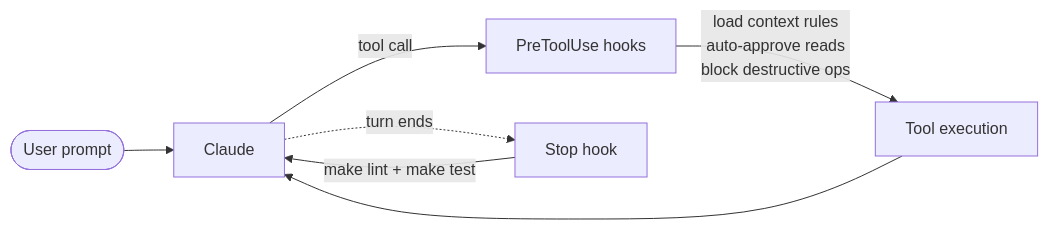
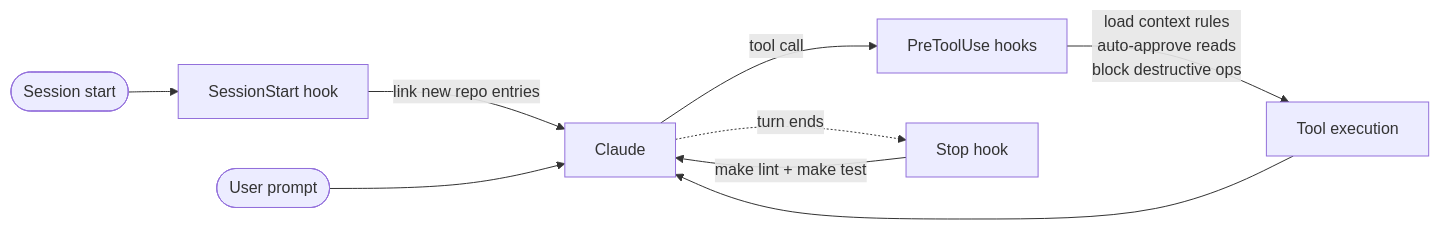
One commit to berekvolgyipeter/dotclaude changed the diagram in README.md. Above: the diagram before and after it, drawn with Mermaid. The commit also changed other lines of this file and 33 other files, not shown here.

````diff
--- a/README.md
+++ b/README.md
@@ -23,9 +23,11 @@
 ```mermaid
 flowchart LR
+    Start([Session start]) --> Sync[SessionStart hook]
+    Sync -->|link new repo entries| Claude
     User([User prompt]) --> Claude
     Claude -->|tool call| Pre[PreToolUse hooks]
     Pre -->|load context rules<br/>auto-approve reads<br/>block destructive ops| Tool[Tool execution]
     Tool --> Claude
     Claude -.turn ends.-> Stop[Stop hook]
     Stop -->|make lint + make test| Claude
 ```
````
